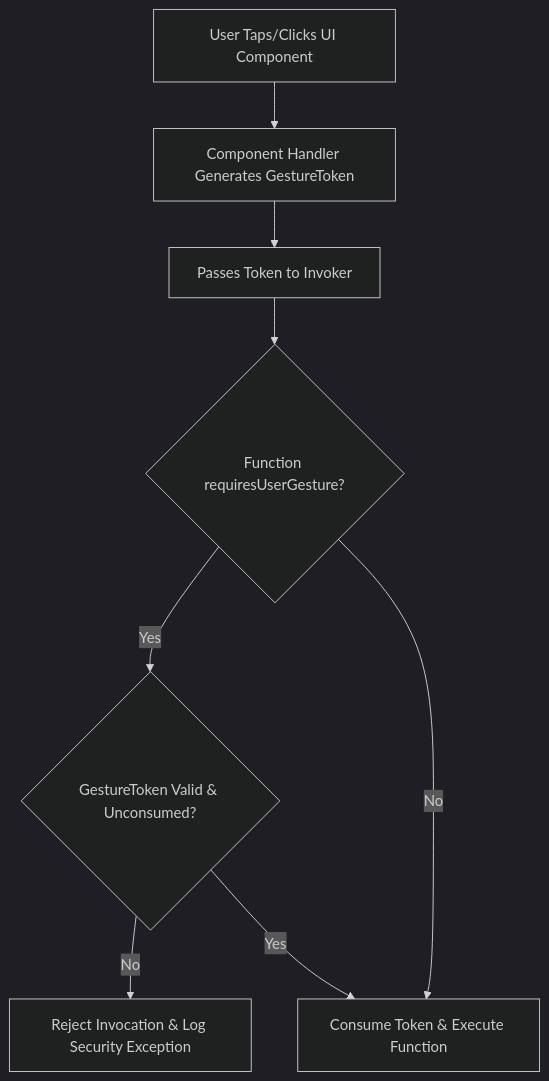
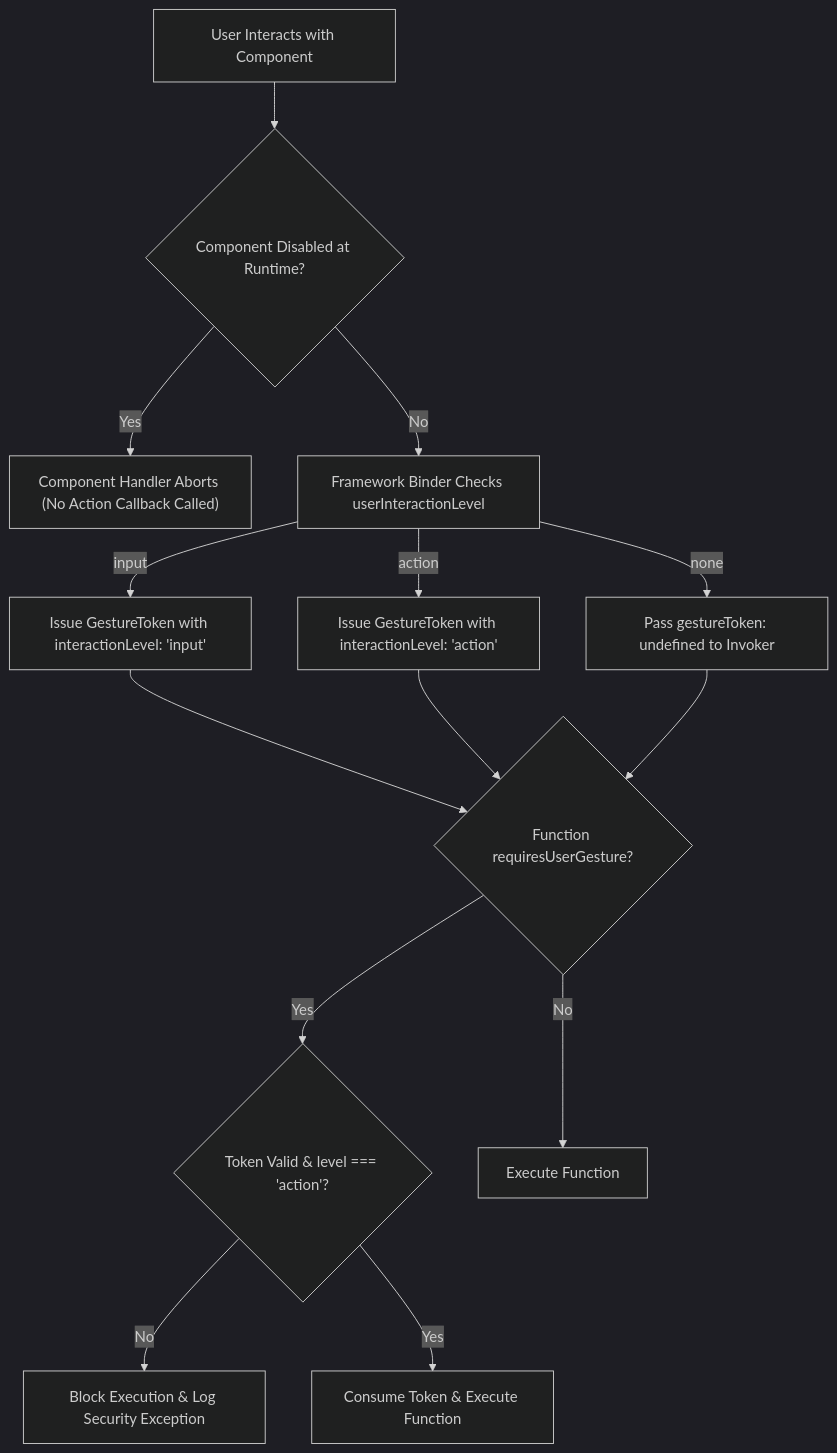
Before and after one commit to a2ui-project/a2ui: the diagram in specification/proposals/user_initiated_functions.md, drawn with Mermaid (dark theme). The commit also changed other lines of this file, not shown here.

First line of the commit message:
docs(spec): add userInteractionLevel and Option A enablement to proposal

````diff
--- a/specification/proposals/user_initiated_functions.md
+++ b/specification/proposals/user_initiated_functions.md
@@ -126,10 +154,18 @@
 ```mermaid
 flowchart TD
-    A["User Taps/Clicks UI Component"] --> B["Component Handler Generates GestureToken"]
-    B --> C["Passes Token to Invoker"]
-    C --> D{"Function requiresUserGesture?"}
-    D -- Yes --> E{"GestureToken Valid & Unconsumed?"}
-    E -- No --> F["Reject Invocation & Log Security Exception"]
-    E -- Yes --> G["Consume Token & Execute Function"]
-    D -- No --> G
+    A["User Interacts with Component"] --> B{"Component Disabled at Runtime?"}
+    B -- Yes --> C["Component Handler Aborts (No Action Callback Called)"]
+    B -- No --> D["Framework Binder Checks userInteractionLevel"]
+    D -- "none" --> E["Pass gestureToken: undefined to Invoker"]
+    D -- "input" --> F["Issue GestureToken with interactionLevel: 'input'"]
+    D -- "action" --> G["Issue GestureToken with interactionLevel: 'action'"]
+    
+    F --> H{"Function requiresUserGesture?"}
+    G --> H
+    E --> H
+    
+    H -- Yes --> I{"Token Valid & level === 'action'?"}
+    I -- No --> J["Block Execution & Log Security Exception"]
+    I -- Yes --> K["Consume Token & Execute Function"]
+    H -- No --> L["Execute Function"]
 ```
````
